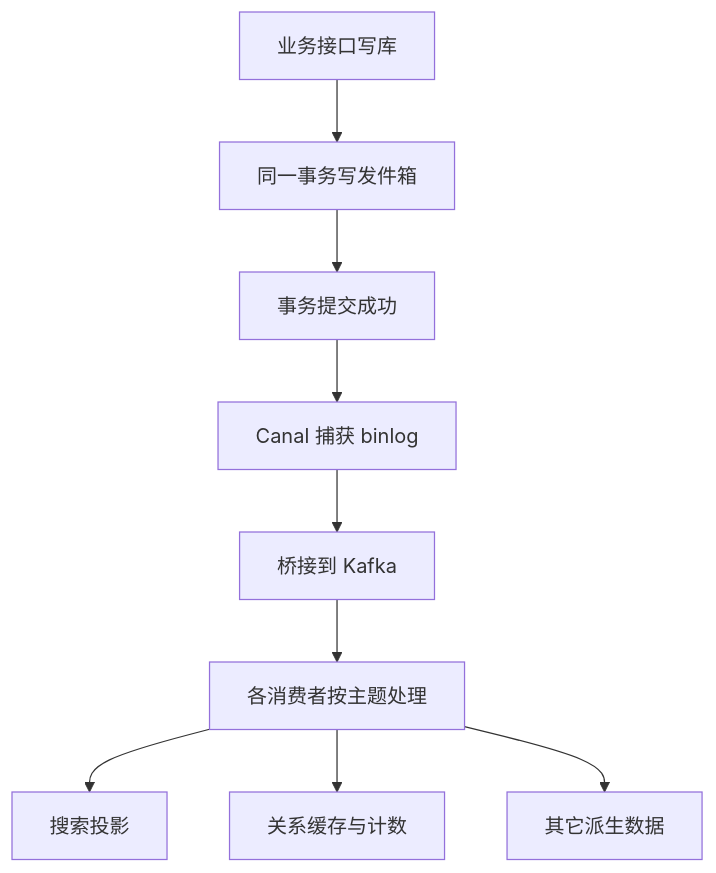
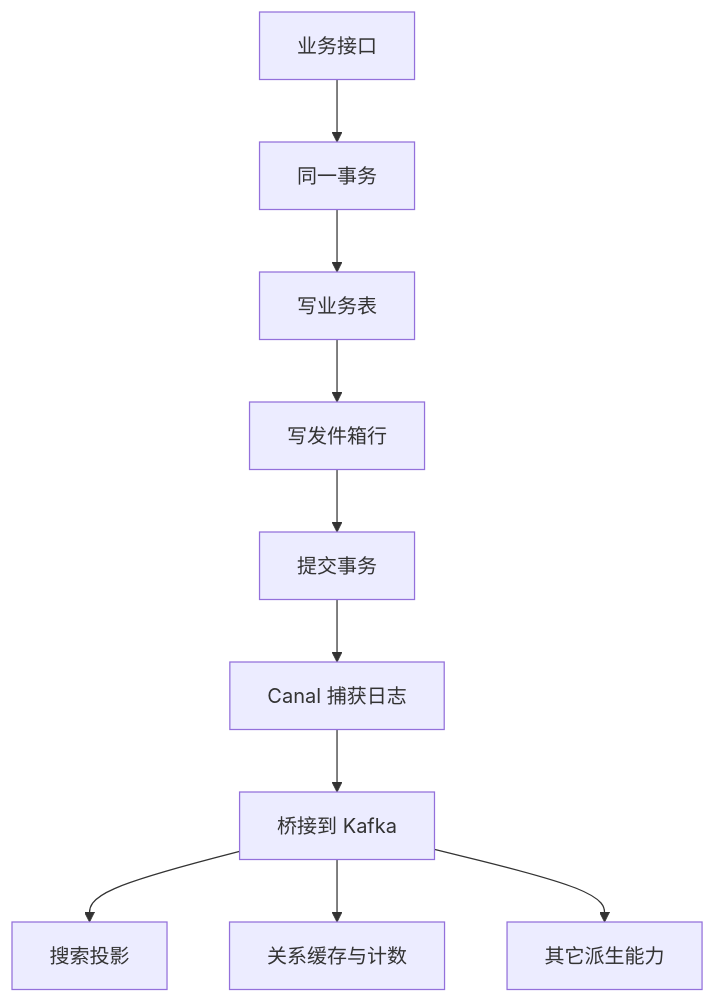
One commit to bitladykiller/zhiguang_go changed the first of 2 diagrams in docs/modules/08-事务消息-Canal-Kafka异步链路.md. Above: the diagram before and after it, drawn with Mermaid. The commit also changed other lines of this file and 13 other files, not shown here.

````diff
--- a/docs/modules/08-事务消息-Canal-Kafka异步链路.md
+++ b/docs/modules/08-事务消息-Canal-Kafka异步链路.md
@@ -270,11 +22,12 @@
 ```mermaid
 flowchart TD
-    A[业务接口写库] --> B[同一事务写发件箱]
-    B --> C[事务提交成功]
-    C --> D[Canal 捕获 binlog]
-    D --> E[桥接到 Kafka]
-    E --> F[各消费者按主题处理]
-    F --> G[搜索投影]
-    F --> H[关系缓存与计数]
-    F --> I[其它派生数据]
+    A[业务接口] --> B[同一事务]
+    B --> C[写业务表]
+    C --> D[写发件箱行]
+    D --> E[提交事务]
+    E --> F[Canal 捕获日志]
+    F --> G[桥接到 Kafka]
+    G --> H[搜索投影]
+    G --> I[关系缓存与计数]
+    G --> J[其它派生能力]
 ```
````
